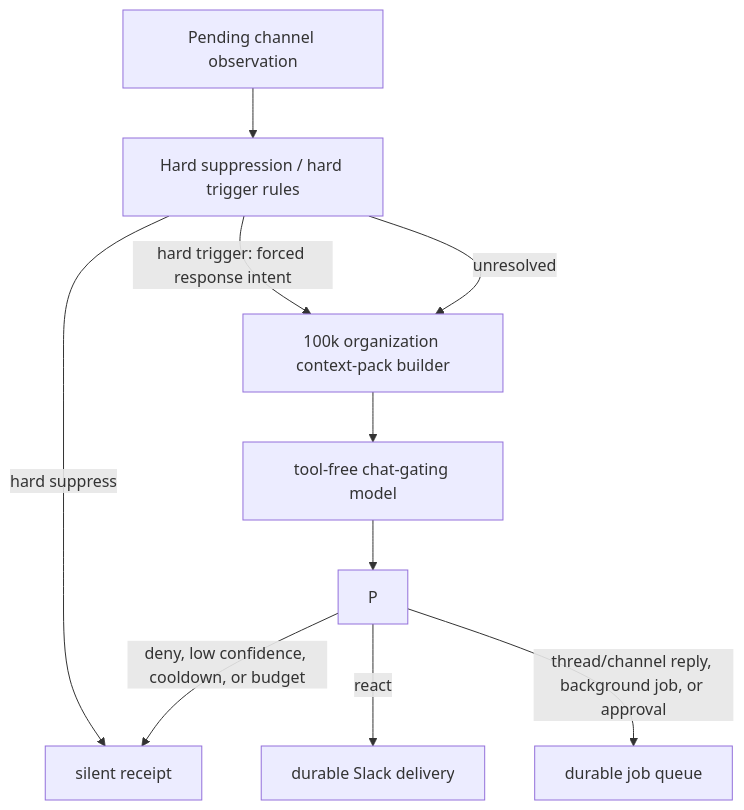
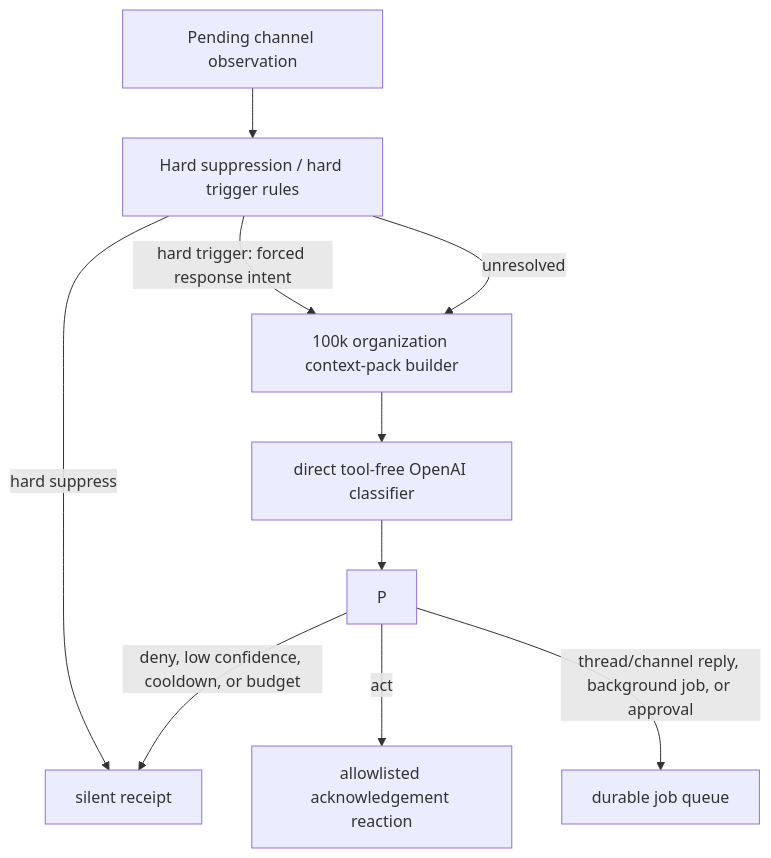
Before and after one commit to telemetryOS/tos-tag: the third of 5 diagrams in architecture.md, drawn with Mermaid. The commit also changed other lines of this file and 85 other files, not shown here.

````diff
--- a/architecture.md
+++ b/architecture.md
@@ -458,12 +465,12 @@
 ```mermaid
 flowchart TD
     O["Pending channel observation"] --> H["Hard suppression / hard trigger rules"]
     H -->|"hard suppress"| S["silent receipt"]
     H -->|"hard trigger: forced response intent"| C
     H -->|"unresolved"| C["100k organization context-pack builder"]
-    C --> R["tool-free chat-gating model"]
+    C --> R["direct tool-free OpenAI classifier"]
     R --> P
     P -->|"deny, low confidence, cooldown, or budget"| S
-    P -->|"react"| Q["durable Slack delivery"]
+    P -->|"act"| Q["allowlisted acknowledgement reaction"]
     P -->|"thread/channel reply, background job, or approval"| J["durable job queue"]
 ```
````
